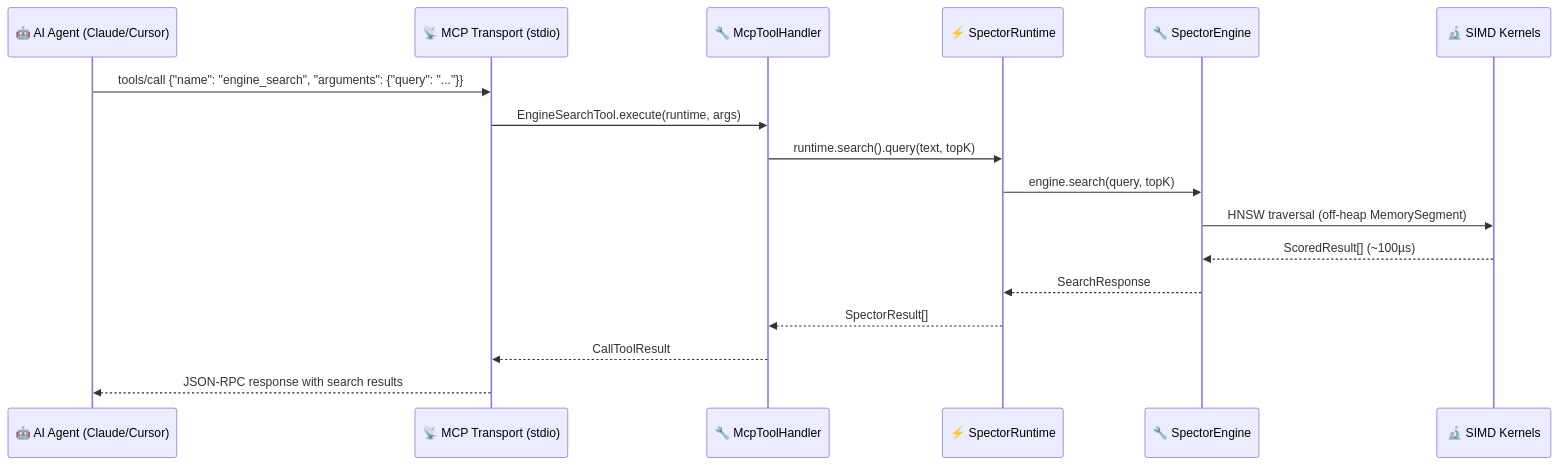
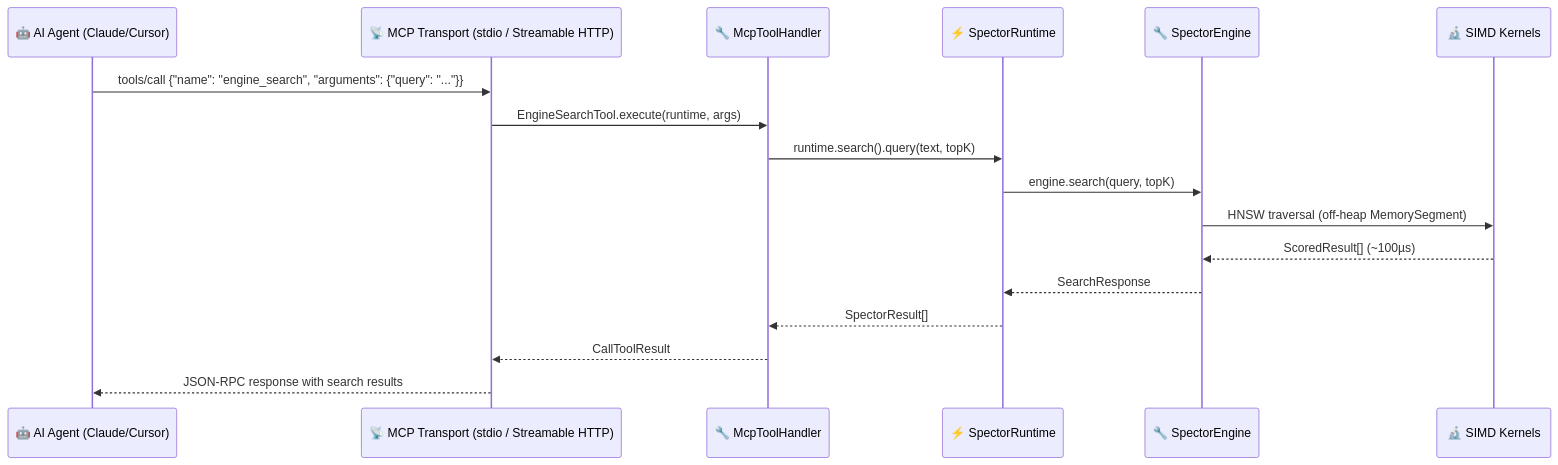
Before and after one commit to spectrayan/spector: the ninth of 11 diagrams in docs/docs/architecture/overview.md, drawn with Mermaid. The commit also changed other lines of this file and 38 other files, not shown here.

First line of the commit message:
docs(memory): replace implementation details with functional diagrams and product-focused content (#33)

````diff
--- a/docs/docs/architecture/overview.md
+++ b/docs/docs/architecture/overview.md
@@ -448,20 +448,20 @@
 ```mermaid
 sequenceDiagram
     participant Agent as 🤖 AI Agent (Claude/Cursor)
-    participant MCP as 📡 MCP Transport (stdio)
+    participant MCP as 📡 MCP Transport (stdio / Streamable HTTP)
     participant Handler as 🔧 McpToolHandler
     participant Runtime as ⚡ SpectorRuntime
     participant Engine as 🔧 SpectorEngine
     participant SIMD as 🔬 SIMD Kernels
 
     Agent->>MCP: tools/call {"name": "engine_search", "arguments": {"query": "..."}}
     MCP->>Handler: EngineSearchTool.execute(runtime, args)
     Handler->>Runtime: runtime.search().query(text, topK)
     Runtime->>Engine: engine.search(query, topK)
     Engine->>SIMD: HNSW traversal (off-heap MemorySegment)
     SIMD-->>Engine: ScoredResult[] (~100µs)
     Engine-->>Runtime: SearchResponse
     Runtime-->>Handler: SpectorResult[]
     Handler-->>MCP: CallToolResult
     MCP-->>Agent: JSON-RPC response with search results
 ```
````
